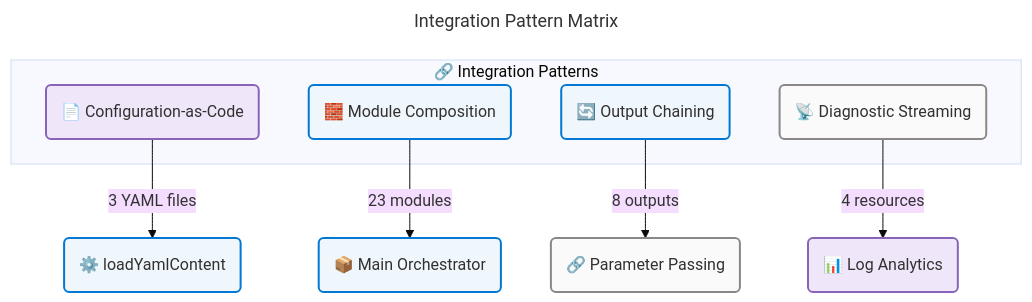
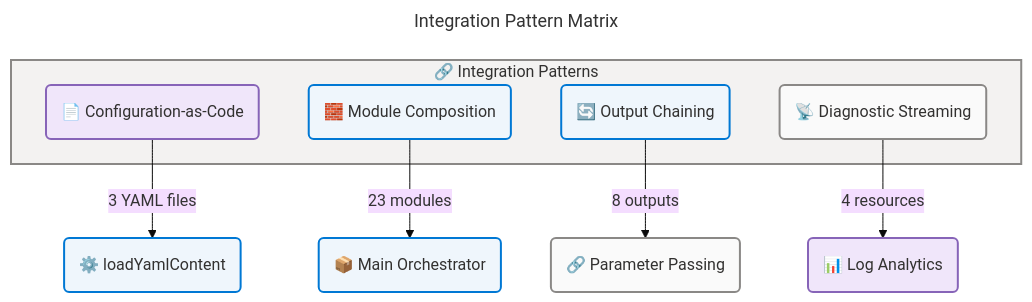
Diagram 12 of 12 in docs/architecture/application-architecture.md (Evilazaro/DevExp-DevBox), drawn with Mermaid before and after one commit. The commit also changed other lines of this file, not shown here.

Commit message:
feat: add Azure Fluent Architecture Pattern guidelines to application architecture documentation

````diff
--- a/docs/architecture/application-architecture.md
+++ b/docs/architecture/application-architecture.md
@@ -1916,32 +1949,45 @@
 ```mermaid
 ---
 title: Integration Pattern Matrix
 config:
   theme: base
   look: classic
   layout: dagre
   themeVariables:
     fontSize: '16px'
   flowchart:
     htmlLabels: true
 ---
 flowchart TB
     accTitle: Integration Pattern Matrix Diagram
     accDescr: Shows the four integration patterns used across the platform and which components implement each pattern
 
+    %% ═══════════════════════════════════════════════════════════════════════════
+    %% AZURE / FLUENT ARCHITECTURE PATTERN v1.1
+    %% (Semantic + Structural + Font + Accessibility Governance)
+    %% ═══════════════════════════════════════════════════════════════════════════
+    %% PHASE 1 - FLUENT UI: All styling uses approved Fluent UI palette only
+    %% PHASE 2 - GROUPS: Every subgraph has semantic color via style directive
+    %% PHASE 3 - COMPONENTS: Every node has semantic classDef + icon prefix
+    %% PHASE 4 - ACCESSIBILITY: accTitle/accDescr present, WCAG AA contrast
+    %% PHASE 5 - STANDARD: Governance block present, classDefs centralized
+    %% ═══════════════════════════════════════════════════════════════════════════
+
     subgraph patterns["🔗 Integration Patterns"]
         CaC("📄 Configuration-as-Code"):::data
         MC("🧱 Module Composition"):::core
         OC("🔄 Output Chaining"):::core
         DS("📡 Diagnostic Streaming"):::neutral
     end
 
     CaC -->|"3 YAML files"| LOAD("⚙️ loadYamlContent"):::core
     MC -->|"23 modules"| MAIN("📦 Main Orchestrator"):::core
     OC -->|"8 outputs"| CHAIN("🔗 Parameter Passing"):::neutral
     DS -->|"4 resources"| LA("📊 Log Analytics"):::data
 
+    style patterns fill:#F3F2F1,stroke:#8A8886,stroke-width:2px,color:#323130
+
     classDef neutral fill:#FAFAFA,stroke:#8A8886,stroke-width:2px,color:#323130
     classDef core fill:#EFF6FC,stroke:#0078D4,stroke-width:2px,color:#323130
     classDef data fill:#F0E6FA,stroke:#8764B8,stroke-width:2px,color:#323130
 ```
````
